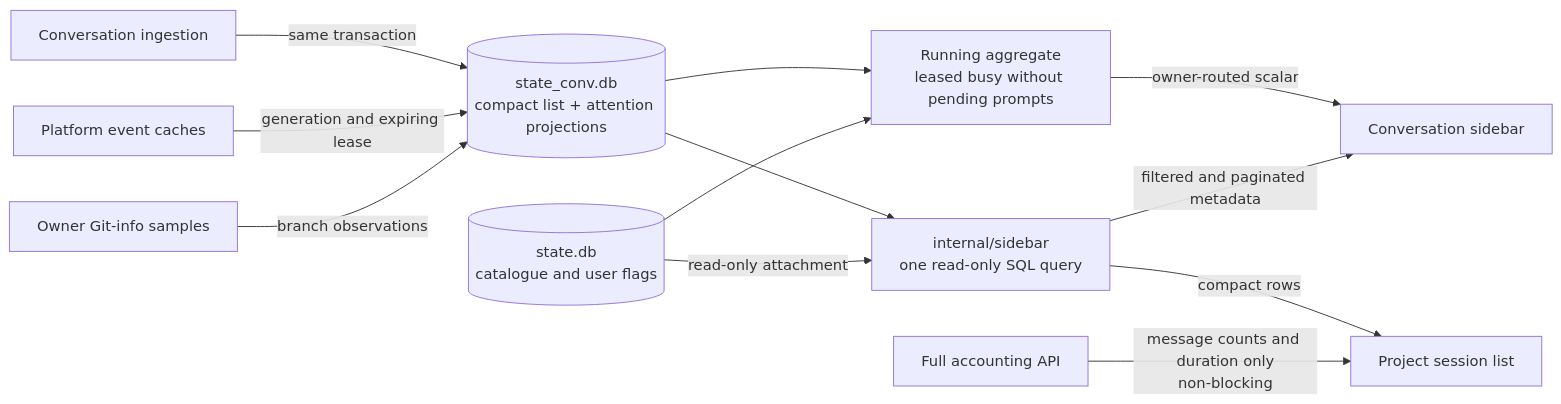
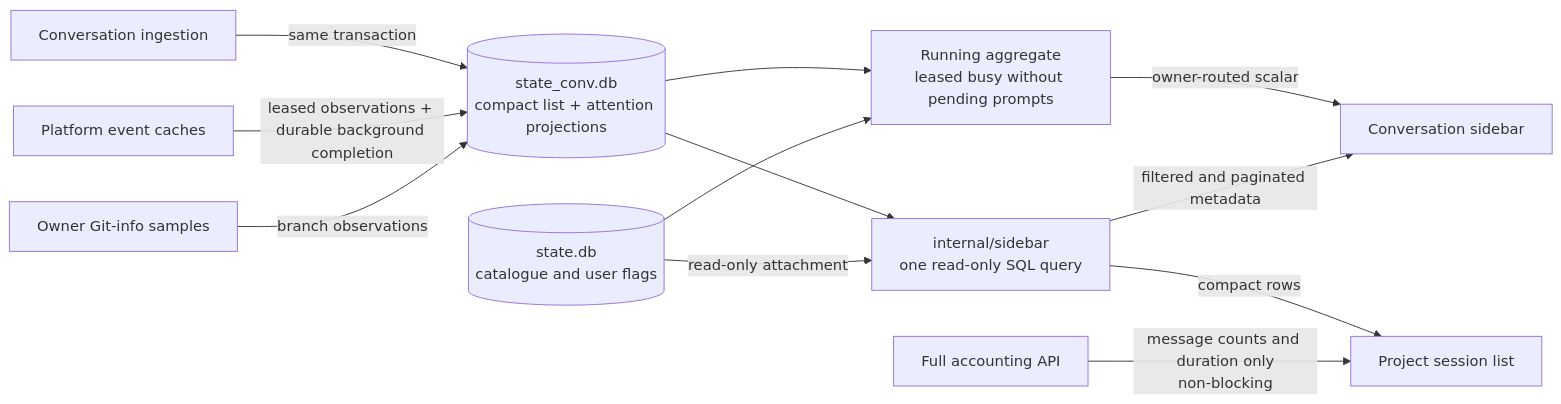
The third of 7 diagrams in docs/other/architecture-history.md (ocman/ocman), drawn with Mermaid before and after one commit. The commit also changed other lines of this file and 15 other files, not shown here.

````diff
--- a/docs/other/architecture-history.md
+++ b/docs/other/architecture-history.md
@@ -368,14 +368,14 @@
 ```mermaid
 flowchart LR
     Import[Conversation ingestion] -->|same transaction| List[(state_conv.db<br/>compact list + attention projections)]
-    Events[Platform event caches] -->|generation and expiring lease| List
+    Events[Platform event caches] -->|leased observations + durable background completion| List
     Git[Owner Git-info samples] -->|branch observations| List
     List --> Query[internal/sidebar<br/>one read-only SQL query]
     Core[(state.db<br/>catalogue and user flags)] -->|read-only attachment| Query
     List --> Count[Running aggregate<br/>leased busy without pending prompts]
     Core --> Count
     Count -->|owner-routed scalar| UI
     Query -->|filtered and paginated metadata| UI[Conversation sidebar]
     Query -->|compact rows| Project[Project session list]
     Accounting[Full accounting API] -->|message counts and duration only<br/>non-blocking| Project
 ```
````
